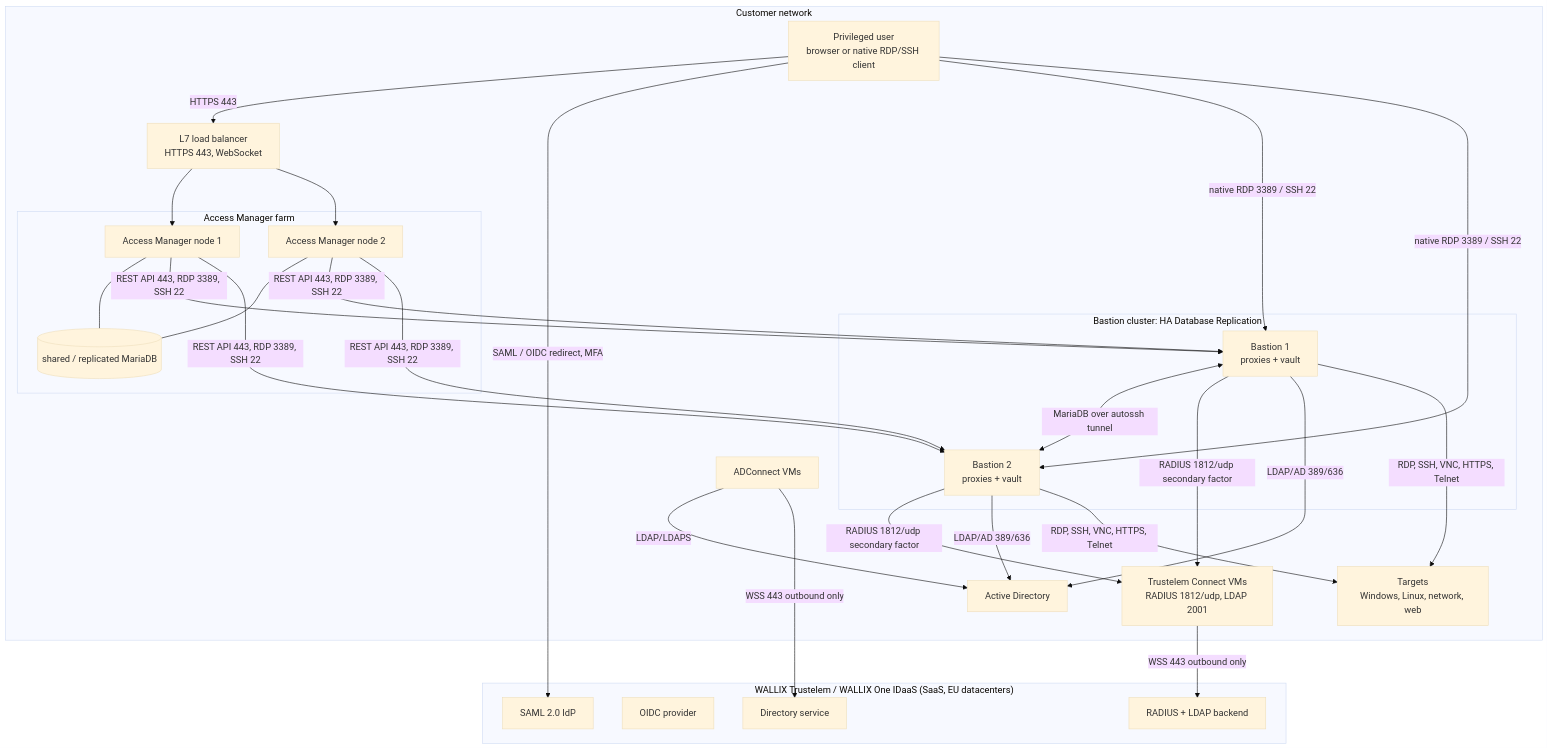
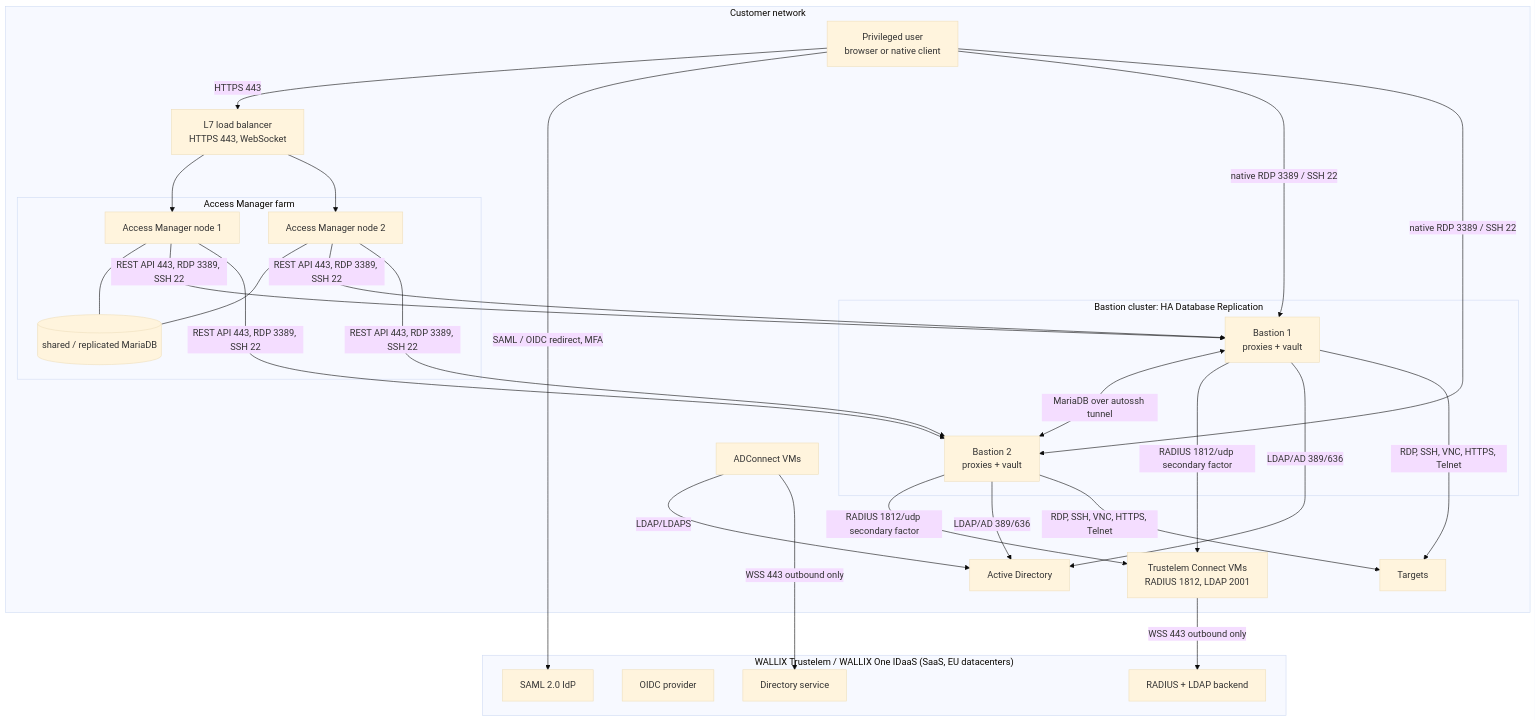
Before and after one commit to morandeirachema/Trustelem-: the second of 7 diagrams in docs/trustelem-bastion-access-manager-architecture.md, drawn with Mermaid (base theme). The commit also changed other lines of this file and 8 other files, not shown here.

Commit message:
Shorten Mermaid labels to stop boxes overlapping text

````diff
--- a/docs/trustelem-bastion-access-manager-architecture.md
+++ b/docs/trustelem-bastion-access-manager-architecture.md
@@ -252,40 +251,40 @@
 ```mermaid
 flowchart TB
     subgraph CLOUD["WALLIX Trustelem / WALLIX One IDaaS (SaaS, EU datacenters)"]
         SAML["SAML 2.0 IdP"]
         OIDC["OIDC provider"]
         RAD["RADIUS + LDAP backend"]
         DIR["Directory service"]
     end
     subgraph ONPREM["Customer network"]
-        USER["Privileged user<br/>browser or native RDP/SSH client"]
+        USER["Privileged user<br/>browser or native client"]
         LB["L7 load balancer<br/>HTTPS 443, WebSocket"]
         subgraph AMC["Access Manager farm"]
             AM1["Access Manager node 1"]
             AM2["Access Manager node 2"]
             DB[("shared / replicated MariaDB")]
         end
         subgraph BC["Bastion cluster: HA Database Replication"]
             B1["Bastion 1<br/>proxies + vault"]
             B2["Bastion 2<br/>proxies + vault"]
         end
-        CONNECT["Trustelem Connect VMs<br/>RADIUS 1812/udp, LDAP 2001"]
+        CONNECT["Trustelem Connect VMs<br/>RADIUS 1812, LDAP 2001"]
         ADC["ADConnect VMs"]
         AD["Active Directory"]
-        TGT["Targets<br/>Windows, Linux, network, web"]
+        TGT["Targets"]
     end
     USER -->|HTTPS 443| LB
     USER -->|SAML / OIDC redirect, MFA| SAML
     LB --> AM1 & AM2
     AM1 --- DB
     AM2 --- DB
     AM1 & AM2 -->|REST API 443, RDP 3389, SSH 22| B1 & B2
     USER -->|native RDP 3389 / SSH 22| B1 & B2
     B1 <-->|MariaDB over autossh tunnel| B2
     B1 & B2 -->|RADIUS 1812/udp secondary factor| CONNECT
     B1 & B2 -->|LDAP/AD 389/636| AD
     CONNECT -->|WSS 443 outbound only| RAD
     ADC -->|LDAP/LDAPS| AD
     ADC -->|WSS 443 outbound only| DIR
     B1 & B2 -->|RDP, SSH, VNC, HTTPS, Telnet| TGT
 ```
````
